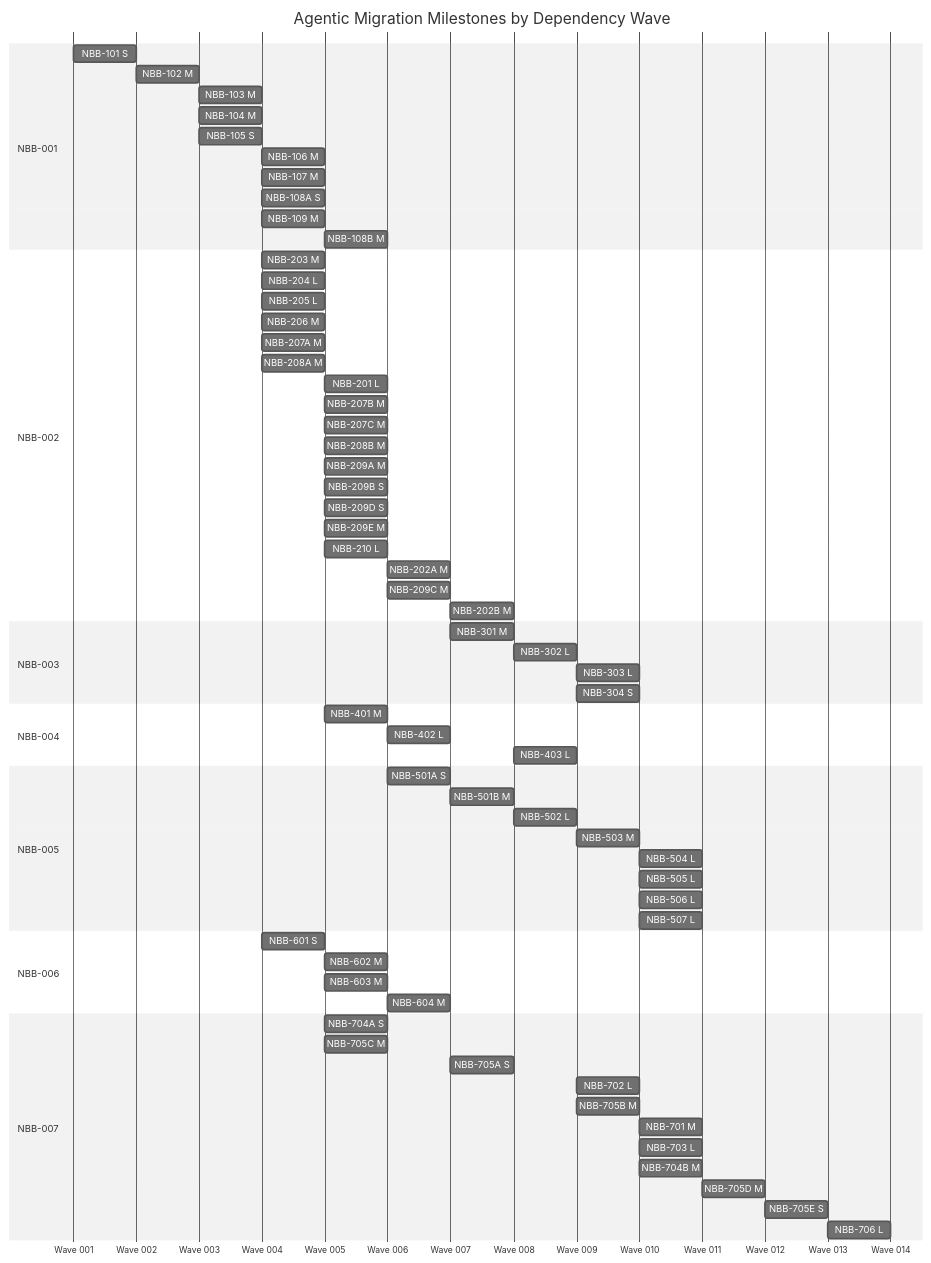
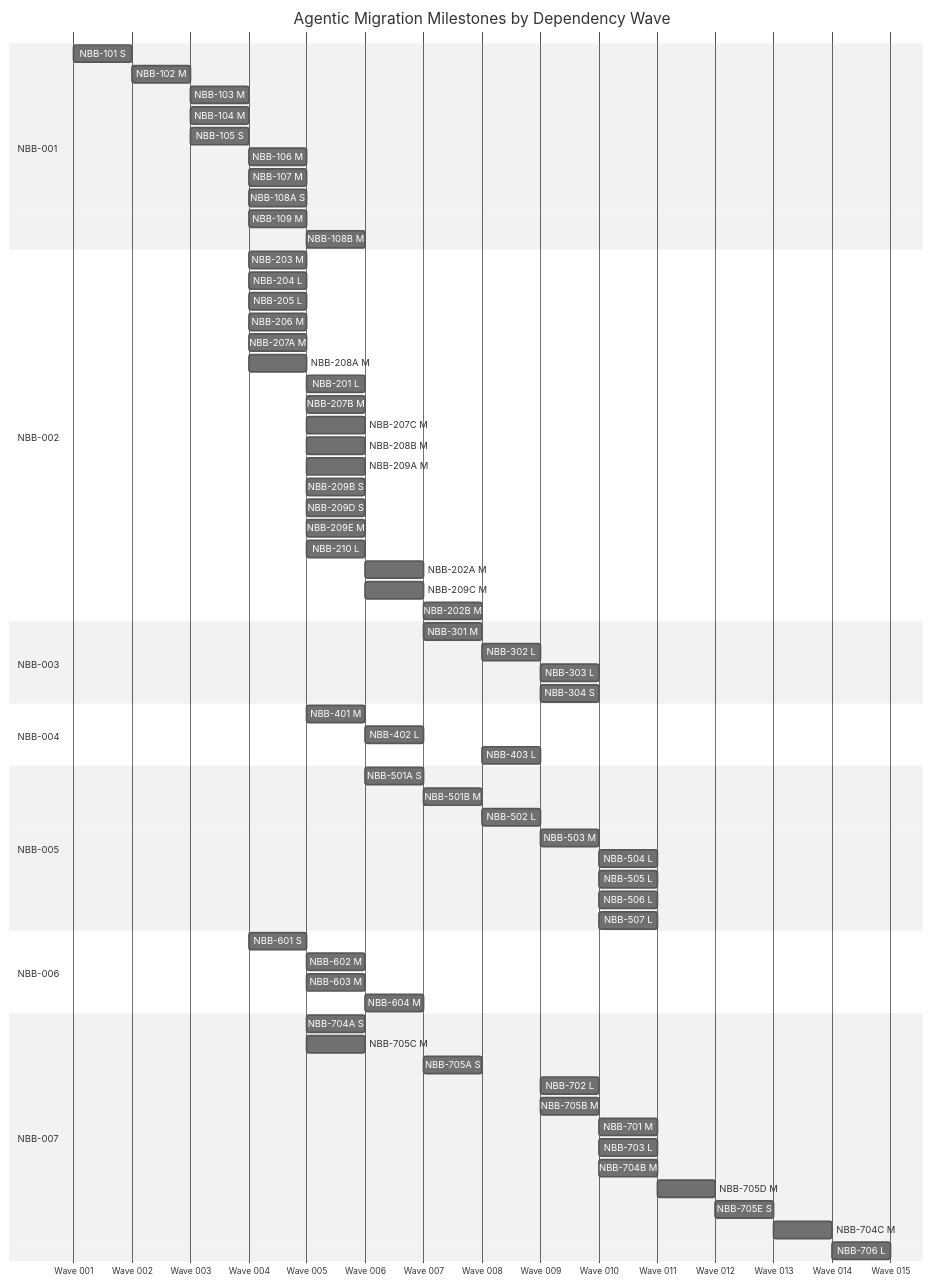
One commit to sour4bh/NoobBook changed the second of 2 diagrams in docs/tickets/GRAPH.md. Above: the diagram before and after it, drawn with Mermaid (neutral theme). The commit also changed other lines of this file and 10 other files, not shown here.

Commit message:
Patch ticket graph audit gaps

````diff
--- a/docs/tickets/GRAPH.md
+++ b/docs/tickets/GRAPH.md
@@ -213,71 +219,72 @@
 ```mermaid
 gantt
   title Agentic Migration Milestones by Dependency Wave
   dateFormat  YYYY-MM-DD
   axisFormat  Wave %j
   section NBB-001
   NBB-101 S :2026-01-01, 1d
   NBB-102 M :2026-01-02, 1d
   NBB-103 M :2026-01-03, 1d
   NBB-104 M :2026-01-03, 1d
   NBB-105 S :2026-01-03, 1d
   NBB-106 M :2026-01-04, 1d
   NBB-107 M :2026-01-04, 1d
   NBB-108A S :2026-01-04, 1d
   NBB-109 M :2026-01-04, 1d
   NBB-108B M :2026-01-05, 1d
   section NBB-002
   NBB-203 M :2026-01-04, 1d
   NBB-204 L :2026-01-04, 1d
   NBB-205 L :2026-01-04, 1d
   NBB-206 M :2026-01-04, 1d
   NBB-207A M :2026-01-04, 1d
   NBB-208A M :2026-01-04, 1d
   NBB-201 L :2026-01-05, 1d
   NBB-207B M :2026-01-05, 1d
   NBB-207C M :2026-01-05, 1d
   NBB-208B M :2026-01-05, 1d
   NBB-209A M :2026-01-05, 1d
   NBB-209B S :2026-01-05, 1d
   NBB-209D S :2026-01-05, 1d
   NBB-209E M :2026-01-05, 1d
   NBB-210 L :2026-01-05, 1d
   NBB-202A M :2026-01-06, 1d
   NBB-209C M :2026-01-06, 1d
   NBB-202B M :2026-01-07, 1d
   section NBB-003
   NBB-301 M :2026-01-07, 1d
   NBB-302 L :2026-01-08, 1d
   NBB-303 L :2026-01-09, 1d
   NBB-304 S :2026-01-09, 1d
   section NBB-004
   NBB-401 M :2026-01-05, 1d
   NBB-402 L :2026-01-06, 1d
   NBB-403 L :2026-01-08, 1d
   section NBB-005
   NBB-501A S :2026-01-06, 1d
   NBB-501B M :2026-01-07, 1d
   NBB-502 L :2026-01-08, 1d
   NBB-503 M :2026-01-09, 1d
   NBB-504 L :2026-01-10, 1d
   NBB-505 L :2026-01-10, 1d
   NBB-506 L :2026-01-10, 1d
   NBB-507 L :2026-01-10, 1d
   section NBB-006
   NBB-601 S :2026-01-04, 1d
   NBB-602 M :2026-01-05, 1d
   NBB-603 M :2026-01-05, 1d
   NBB-604 M :2026-01-06, 1d
   section NBB-007
   NBB-704A S :2026-01-05, 1d
   NBB-705C M :2026-01-05, 1d
   NBB-705A S :2026-01-07, 1d
   NBB-702 L :2026-01-09, 1d
   NBB-705B M :2026-01-09, 1d
   NBB-701 M :2026-01-10, 1d
   NBB-703 L :2026-01-10, 1d
   NBB-704B M :2026-01-10, 1d
   NBB-705D M :2026-01-11, 1d
   NBB-705E S :2026-01-12, 1d
-  NBB-706 L :2026-01-13, 1d
+  NBB-704C M :2026-01-13, 1d
+  NBB-706 L :2026-01-14, 1d
 ```
````
